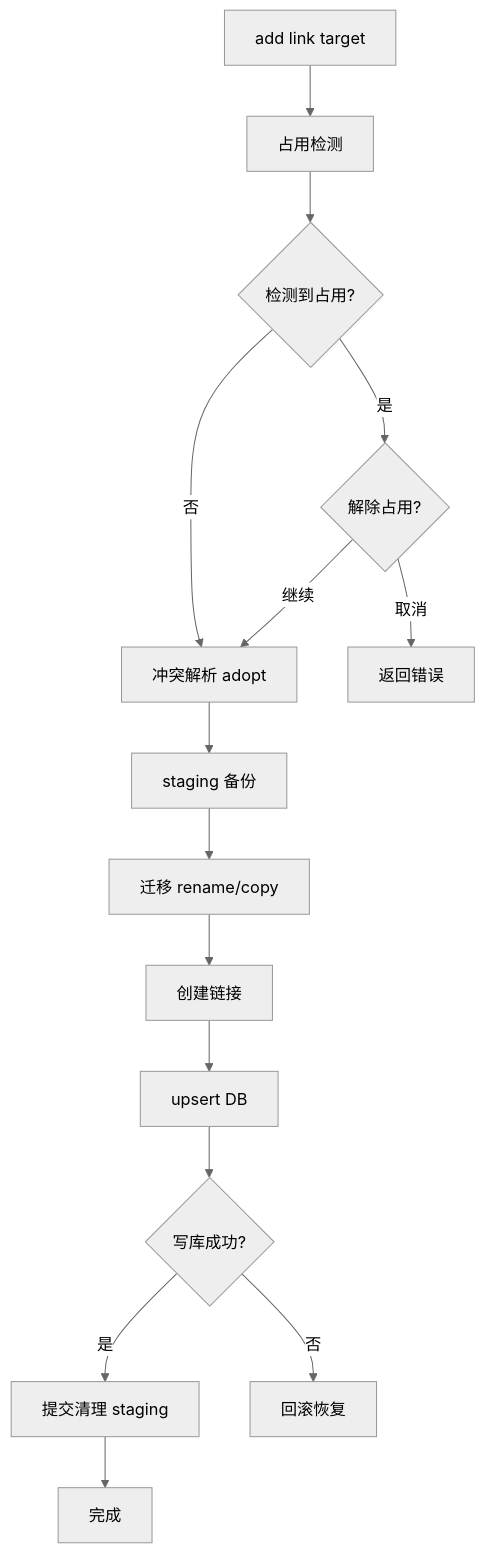
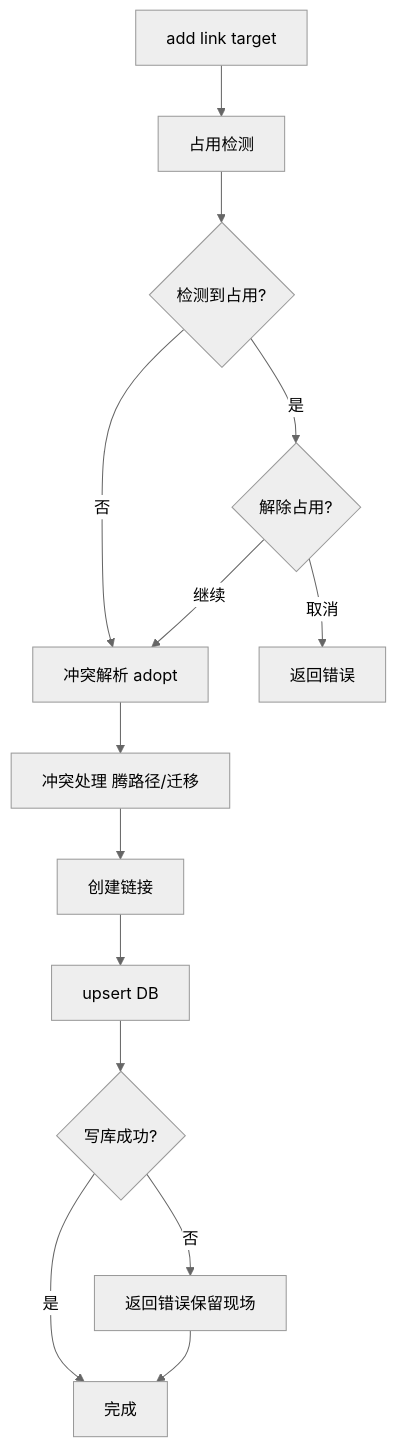
Before and after one commit to 835519608/symm: the third of 4 diagrams in README.md, drawn with Mermaid (neutral theme). The commit also changed other lines of this file and 40 other files, not shown here.

````diff
--- a/README.md
+++ b/README.md
@@ -177,17 +170,16 @@
 ```mermaid
 flowchart TB
 start[add link target] --> lockCheck[占用检测]
 lockCheck --> hasLock{检测到占用?}
 hasLock -->|否| conflict[冲突解析 adopt]
 hasLock -->|是| unlockChoice{解除占用?}
 unlockChoice -->|取消| failCancel[返回错误]
 unlockChoice -->|继续| conflict
-conflict --> prep[staging 备份]
-prep --> migrate2[迁移 rename/copy]
-migrate2 --> createLink[创建链接]
+conflict --> prep[冲突处理 腾路径/迁移]
+prep --> createLink[创建链接]
 createLink --> upsert[upsert DB]
 upsert --> ok{写库成功?}
-ok -->|是| commit[提交清理 staging]
-ok -->|否| rollback[回滚恢复]
-commit --> done[完成]
+ok -->|是| done[完成]
+ok -->|否| fail[返回错误保留现场]
+fail --> done
 ```
````
